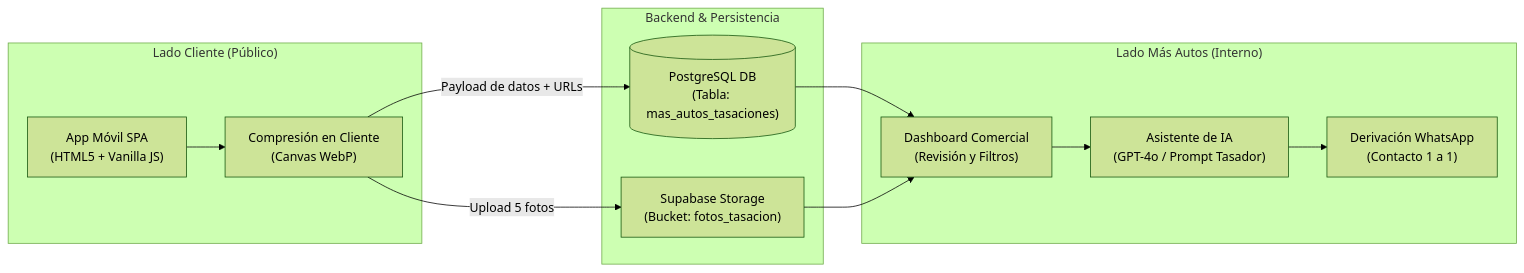
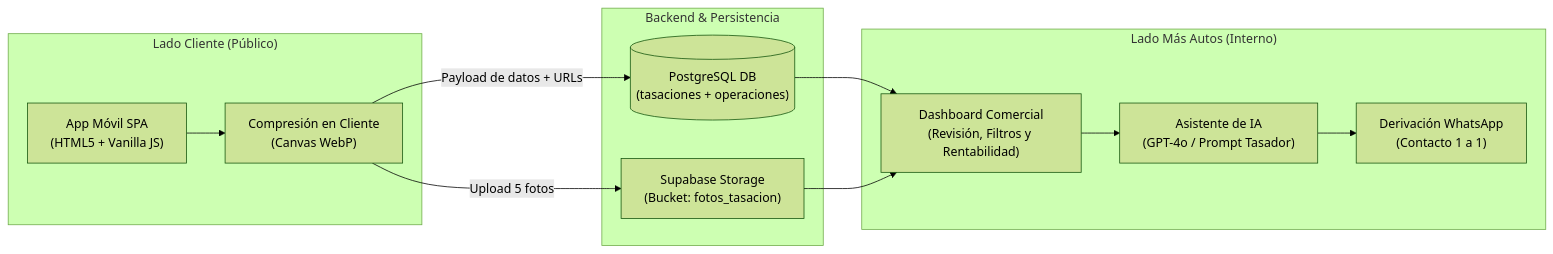
Before and after one commit to patriciolettieri052-byte/mi-proximo-auto-grit: the first of 2 diagrams in documentacion/arquitectura.md, drawn with Mermaid (forest theme). The commit also changed other lines of this file and 1 other file, not shown here.

Commit message:
docs: definir logica de negocio y trazabilidad de permutas y rentabilidad en DECISIONS.md

````diff
--- a/documentacion/arquitectura.md
+++ b/documentacion/arquitectura.md
@@ -11,26 +11,26 @@
 ```mermaid
 flowchart LR
     subgraph CLIENTE ["Lado Cliente (Público)"]
         App["App Móvil SPA<br>(HTML5 + Vanilla JS)"]
         Compress["Compresión en Cliente<br>(Canvas WebP)"]
     end
 
     subgraph SUPABASE ["Backend & Persistencia"]
         Storage["Supabase Storage<br>(Bucket: fotos_tasacion)"]
-        DB[("PostgreSQL DB<br>(Tabla: mas_autos_tasaciones)")]
+        DB[("PostgreSQL DB<br>(tasaciones + operaciones)")]
     end
 
     subgraph BACKOFFICE ["Lado Más Autos (Interno)"]
-        Dashboard["Dashboard Comercial<br>(Revisión y Filtros)"]
+        Dashboard["Dashboard Comercial<br>(Revisión, Filtros y Rentabilidad)"]
         Copilot["Asistente de IA<br>(GPT-4o / Prompt Tasador)"]
         WA["Derivación WhatsApp<br>(Contacto 1 a 1)"]
     end
 
     App --> Compress
     Compress -->|Upload 5 fotos| Storage
     Compress -->|Payload de datos + URLs| DB
     DB --> Dashboard
     Storage --> Dashboard
     Dashboard --> Copilot
     Copilot --> WA
 ```
````
